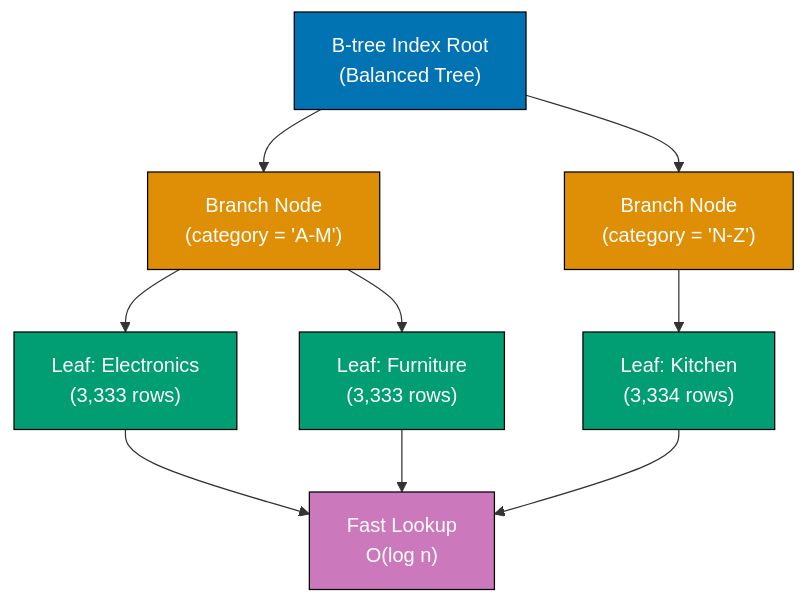
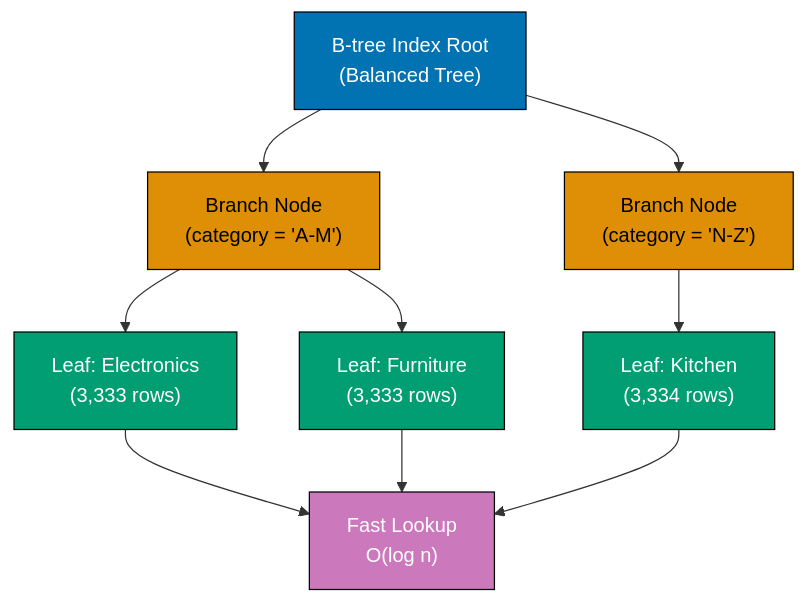
One commit to wahidyankf/open-sharia-enterprise changed the fourth of 12 diagrams in apps/ayokoding-web/content/en/learn/software-engineering/data/databases/postgresql/by-example/intermediate.md. Above: the diagram before and after it, drawn with Mermaid. The commit also changed other lines of this file and 157 other files, not shown here.

````diff
--- a/apps/ayokoding-web/content/en/learn/software-engineering/data/databases/postgresql/by-example/intermediate.md
+++ b/apps/ayokoding-web/content/en/learn/software-engineering/data/databases/postgresql/by-example/intermediate.md
@@ -776,28 +780,28 @@
 ```mermaid
 %% Color Palette: Blue #0173B2, Orange #DE8F05, Teal #029E73, Purple #CC78BC, Brown #CA9161
 graph TD
     A["B-tree Index Root<br/>#40;Balanced Tree#41;"]
     B["Branch Node<br/>#40;category = 'A-M'#41;"]
     C["Branch Node<br/>#40;category = 'N-Z'#41;"]
     D["Leaf: Electronics<br/>#40;3,333 rows#41;"]
     E["Leaf: Furniture<br/>#40;3,333 rows#41;"]
     F["Leaf: Kitchen<br/>#40;3,334 rows#41;"]
     G["Fast Lookup<br/>O#40;log n#41;"]
 
     A --> B
     A --> C
     B --> D
     B --> E
     C --> F
     D --> G
     E --> G
     F --> G
 
     style A fill:#0173B2,stroke:#000,color:#fff
-    style B fill:#DE8F05,stroke:#000,color:#fff
-    style C fill:#DE8F05,stroke:#000,color:#fff
+    style B fill:#DE8F05,stroke:#000,color:#000
+    style C fill:#DE8F05,stroke:#000,color:#000
     style D fill:#029E73,stroke:#000,color:#fff
     style E fill:#029E73,stroke:#000,color:#fff
     style F fill:#029E73,stroke:#000,color:#fff
     style G fill:#CC78BC,stroke:#000,color:#fff
 ```
````
